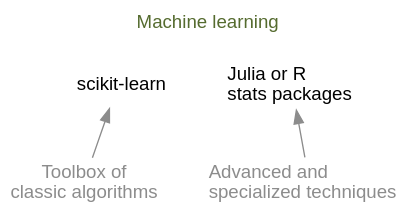
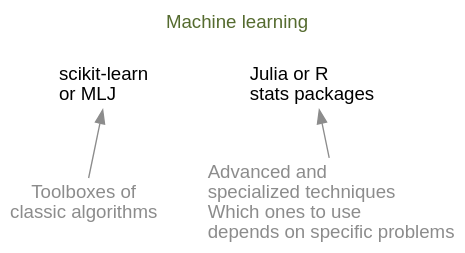
Diagram 21 of 23 in ml/frameworks_slides.qmd (WestDRI/arc-training), drawn with Graphviz before and after one commit. The commit also changed other lines of this file, not shown here.

````diff
--- a/ml/frameworks_slides.qmd
+++ b/ml/frameworks_slides.qmd
@@ -915,27 +1247,27 @@
 ```{dot}
 //| echo: false
 
 strict digraph {
   
 bgcolor="transparent"
 graph [fontname="Inconsolata, sans-serif"]
 node [fontname="Inconsolata, sans-serif"]
 label="Machine learning\n\n"
 fontcolor=darkolivegreen
 labelloc=t
 
-1 [label="scikit-learn\r", shape=plaintext]
+1 [label="scikit-learn\lor MLJ\l", shape=plaintext]
 2 [label="Julia or R\lstats packages\l", shape=plaintext]
 
-3 [label="Toolbox of\nclassic algorithms", shape=plaintext, fontcolor=gray55]
-4 [label="Advanced and\lspecialized techniques\l", shape=plaintext, fontcolor=gray55]
+3 [label="Toolboxes of\nclassic algorithms", shape=plaintext, fontcolor=gray55]
+4 [label="Advanced and\lspecialized techniques\lWhich ones to use\ldepends on specific problems\l", shape=plaintext, fontcolor=gray55]
 
 {rank=same; 1 2}
 {rank=same; 3 4}
 
 1 -> 2 [style=invis]
 1 -> 3 [dir=back, color=gray55]
 2 -> 4 [dir=back, color=gray55]
 
 }
 ```
````
